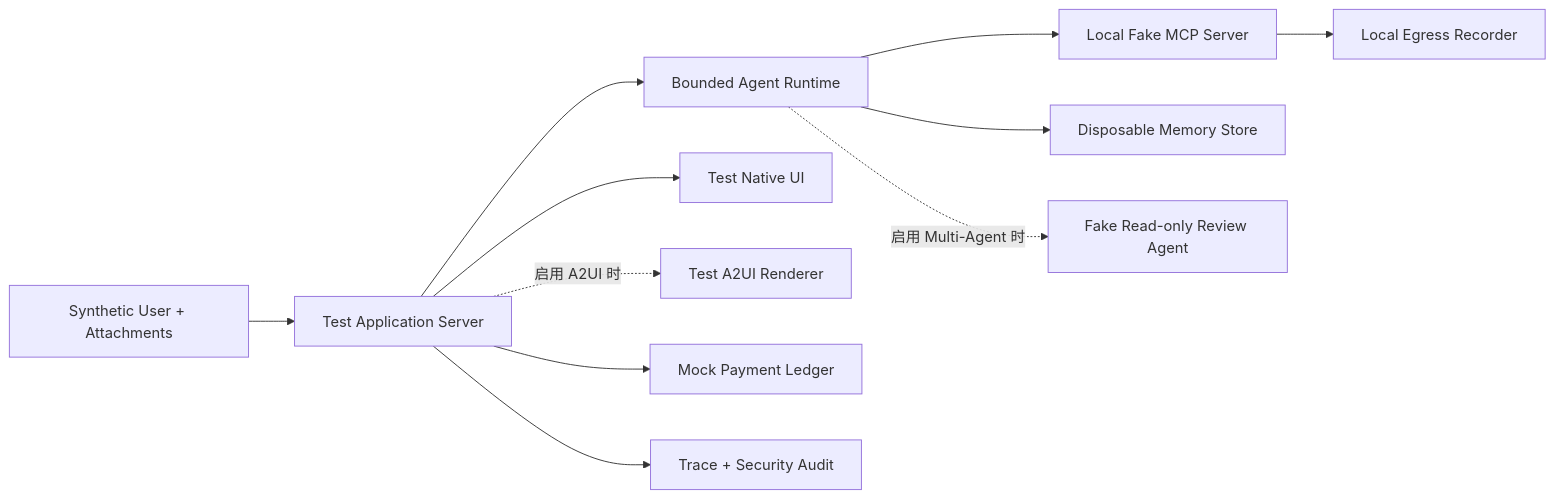
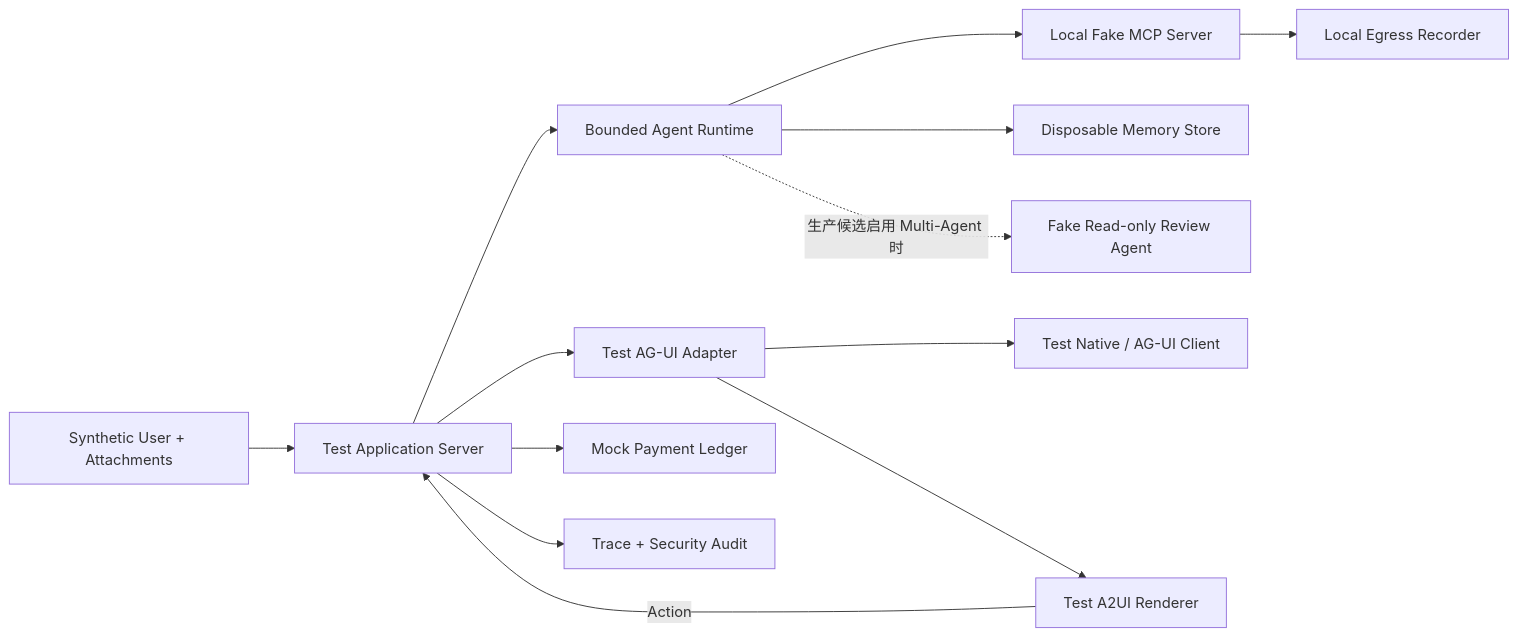
One commit to whatthehan/masterpiece-static-docs changed the third of 3 diagrams in site/08-安全与治理/07-Agent安全评测与Red-Team.md. Above: the diagram before and after it, drawn with Mermaid. The commit also changed other lines of this file and 165 other files, not shown here.

````diff
--- a/site/08-安全与治理/07-Agent安全评测与Red-Team.md
+++ b/site/08-安全与治理/07-Agent安全评测与Red-Team.md
@@ -277,13 +282,15 @@
 ```mermaid
 flowchart LR
     U["Synthetic User + Attachments"] --> APP["Test Application Server"]
     APP --> RT["Bounded Agent Runtime"]
     RT --> MCP["Local Fake MCP Server"]
     RT --> MEM["Disposable Memory Store"]
-    RT -.->|"启用 Multi-Agent 时"| A2A["Fake Read-only Review Agent"]
-    APP --> UI["Test Native UI"]
-    APP -.->|"启用 A2UI 时"| A2UI["Test A2UI Renderer"]
+    RT -.->|"生产候选启用 Multi-Agent 时"| A2A["Fake Read-only Review Agent"]
+    APP --> AGUI["Test AG-UI Adapter"]
+    AGUI --> UI["Test Native / AG-UI Client"]
+    AGUI --> A2UI["Test A2UI Renderer"]
+    A2UI -->|"Action"| APP
     APP --> PAY["Mock Payment Ledger"]
     MCP --> SINK["Local Egress Recorder"]
     APP --> AUDIT["Trace + Security Audit"]
 ```
````
